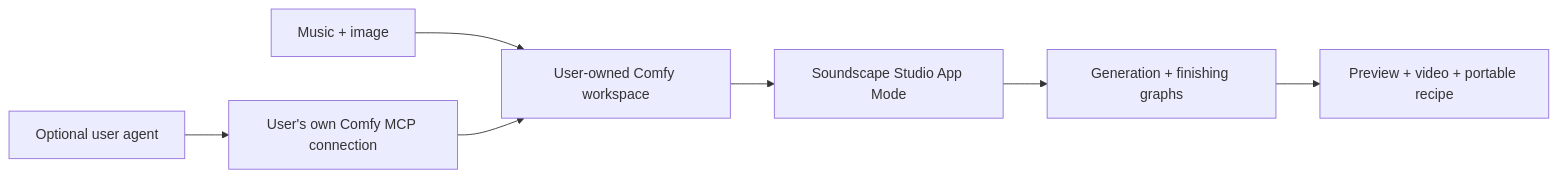
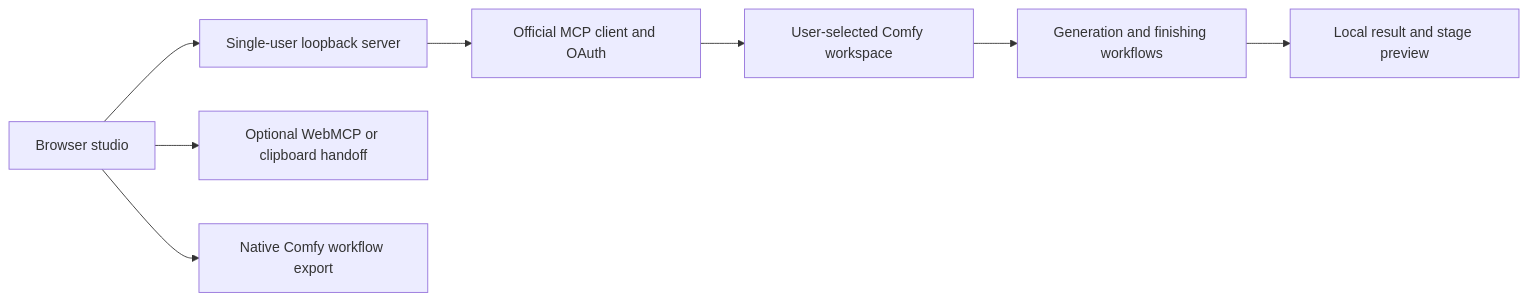
One commit to Zuberverse/soundscape-studio changed the diagram in docs/ARCHITECTURE.md. Above: the diagram before and after it, drawn with Mermaid. The commit also changed other lines of this file and 77 other files, not shown here.

Commit message:
feat: build Comfy-powered Soundscape Studio with frames and named scenes

````diff
--- a/docs/ARCHITECTURE.md
+++ b/docs/ARCHITECTURE.md
@@ -9,9 +5,10 @@
 ```mermaid
 flowchart LR
-    A[Music + image] --> B[User-owned Comfy workspace]
-    B --> C[Soundscape Studio App Mode]
-    C --> D[Generation + finishing graphs]
-    D --> E[Preview + video + portable recipe]
-    F[Optional user agent] --> G[User's own Comfy MCP connection]
-    G --> B
+    A[Browser studio] --> B[Single-user loopback server]
+    B --> C[Official MCP client and OAuth]
+    C --> D[User-selected Comfy workspace]
+    D --> E[Generation and finishing workflows]
+    E --> F[Local result and stage preview]
+    A --> G[Optional WebMCP or clipboard handoff]
+    A --> H[Native Comfy workflow export]
 ```
````
